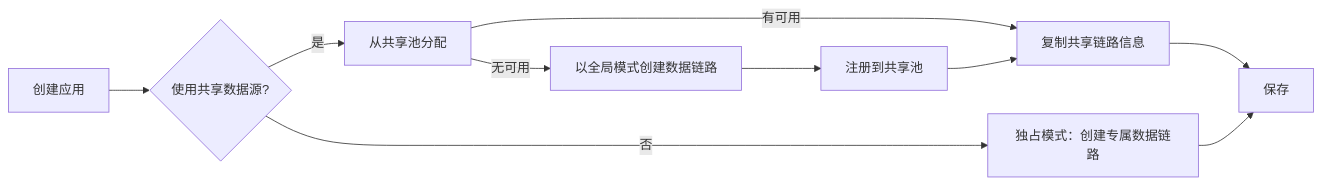
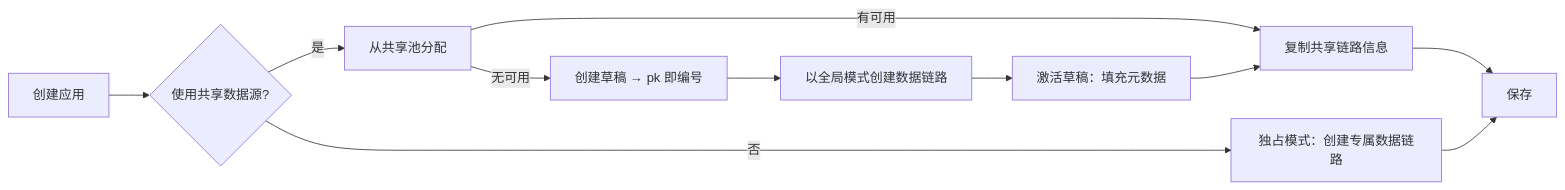
One commit to ZhuoZhuoCrayon/ai-workspace changed the second of 9 diagrams in knowledge/bkmonitor/issues/2026-03-03-apm-shared-datasource/PLAN.md. Above: the diagram before and after it, drawn with Mermaid. The commit also changed other lines of this file, not shown here.

````diff
--- a/knowledge/bkmonitor/issues/2026-03-03-apm-shared-datasource/PLAN.md
+++ b/knowledge/bkmonitor/issues/2026-03-03-apm-shared-datasource/PLAN.md
@@ -67,12 +67,13 @@
 ```mermaid
 flowchart LR
     A[创建应用] --> B{使用共享数据源?}
     B -->|是| C[从共享池分配]
     C -->|有可用| D[复制共享链路信息]
-    C -->|无可用| E[以全局模式创建数据链路]
-    E --> F[注册到共享池]
-    F --> D
+    C -->|无可用| E[创建草稿 → pk 即编号]
+    E --> F[以全局模式创建数据链路]
+    F --> G[激活草稿：填充元数据]
+    G --> D
     D --> H[保存]
-    B -->|否| G[独占模式：创建专属数据链路]
-    G --> H
+    B -->|否| I[独占模式：创建专属数据链路]
+    I --> H
 ```
````
